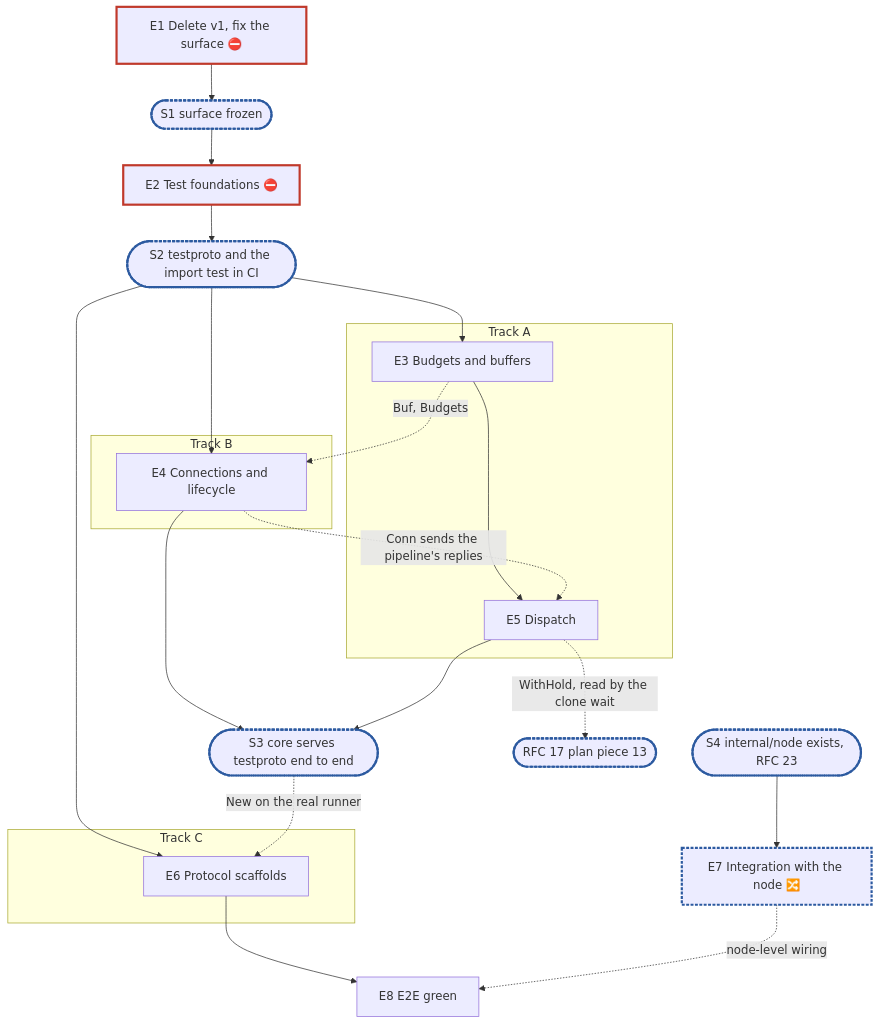
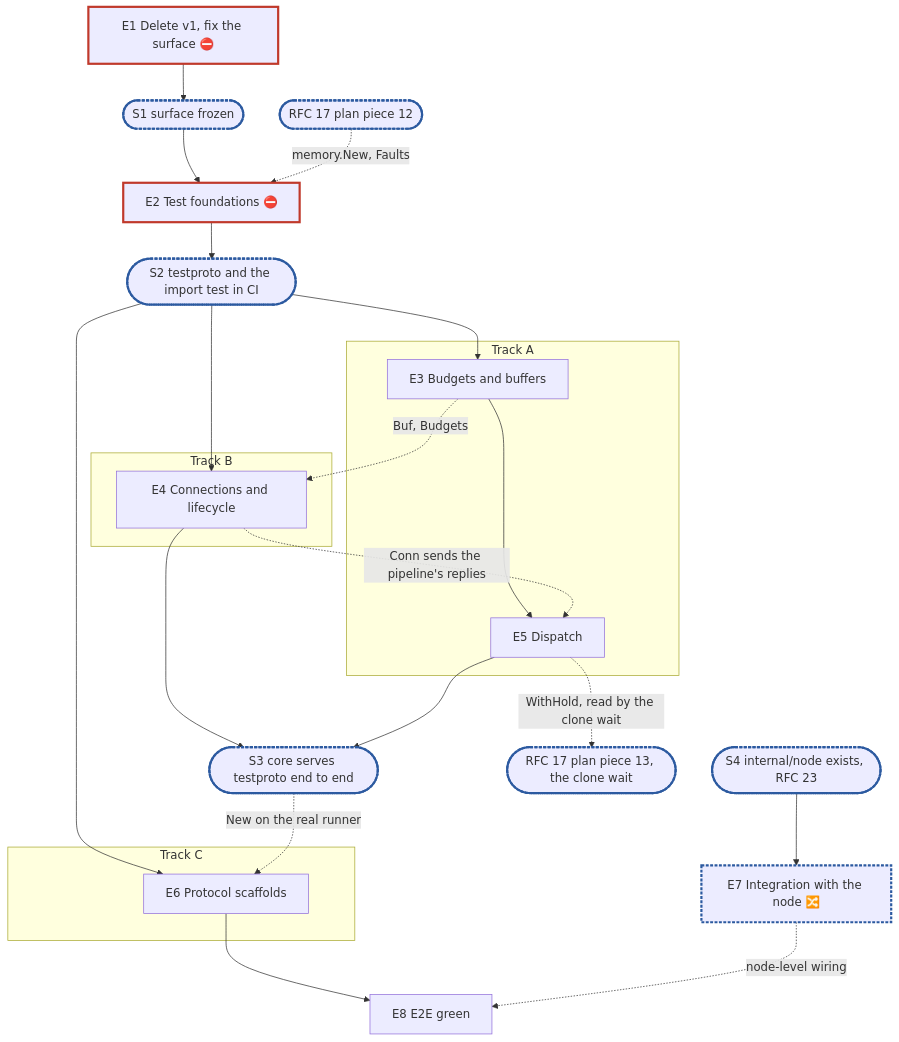
One commit to cubbit/dittofs changed the diagram in .planning/rfc-20-adapters-plan.md. Above: the diagram before and after it, drawn with Mermaid. The commit also changed other lines of this file and 12 other files, not shown here.

Commit message:
docs(planning): RFC 20's plan and deferral rows move to .planning, with the rows T8.2 left out

````diff
--- a/.planning/rfc-20-adapters-plan.md
+++ b/.planning/rfc-20-adapters-plan.md
@@ -334,25 +346,26 @@
 ```mermaid
 flowchart TD
   E1["E1 Delete v1, fix the surface ⛔"]:::blocker --> S1(["S1 surface frozen"]):::sync
   S1 --> E2["E2 Test foundations ⛔"]:::blocker --> S2(["S2 testproto and the import test in CI"]):::sync
   subgraph A["Track A"]
     E3["E3 Budgets and buffers"] --> E5["E5 Dispatch"]
   end
   subgraph B["Track B"]
     E4["E4 Connections and lifecycle"]
   end
   subgraph C["Track C"]
     E6["E6 Protocol scaffolds"]
   end
   S2 --> E3 & E4 & E6
   E3 -. "Buf, Budgets" .-> E4
   E4 -. "Conn sends the pipeline's replies" .-> E5
   E4 & E5 --> S3(["S3 core serves testproto end to end"]):::sync
   S3 -. "New on the real runner" .-> E6
   S4(["S4 internal/node exists, RFC 23"]):::sync --> E7["E7 Integration with the node 🔀"]:::sync
-  E5 -. "WithHold, read by the clone wait" .-> P13(["RFC 17 plan piece 13"]):::sync
+  E5 -. "WithHold, read by the clone wait" .-> P13(["RFC 17 plan piece 13, the clone wait"]):::sync
+  P12(["RFC 17 plan piece 12"]):::sync -. "memory.New, Faults" .-> E2
   E6 --> E8["E8 E2E green"]
   E7 -. "node-level wiring" .-> E8
   classDef blocker stroke:#c0392b,stroke-width:3px
   classDef sync stroke:#2c5aa0,stroke-width:3px,stroke-dasharray:4 2
 ```
````
